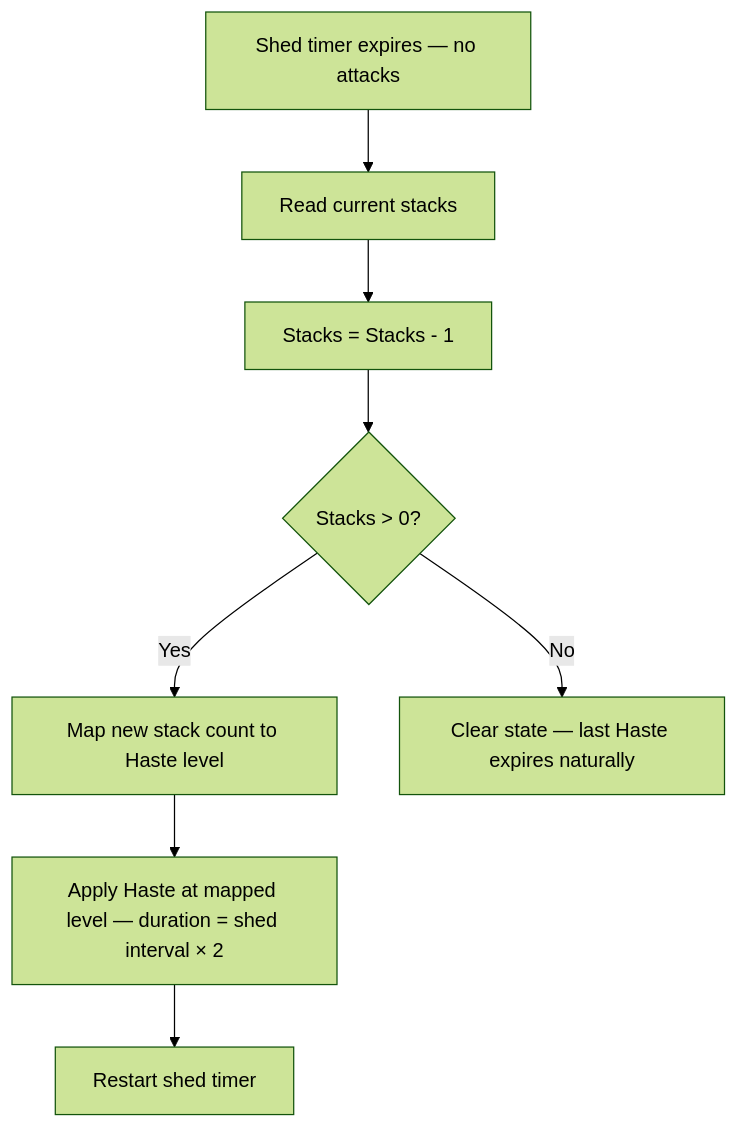
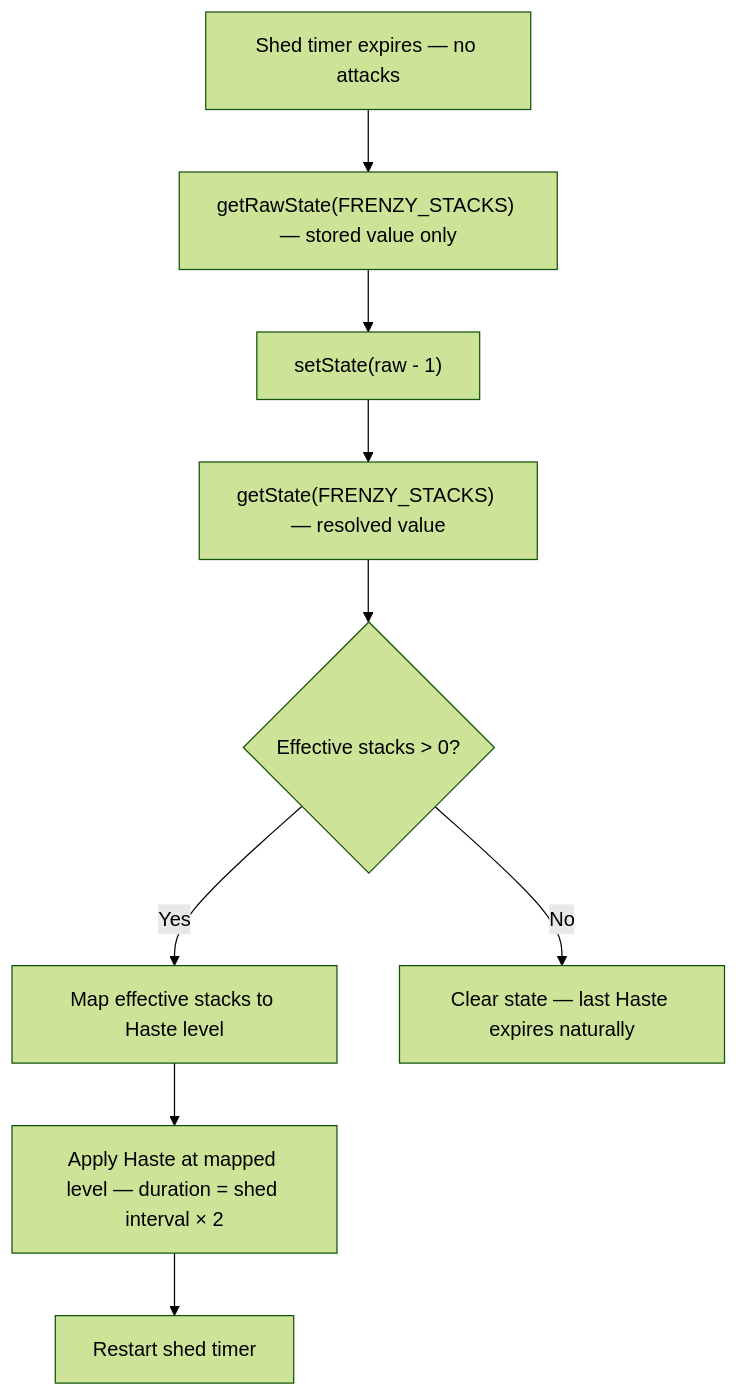
The fifth of 5 diagrams in docs/hld/combat/combat-tracker-and-ramping-frenzy.md (DiamondDagger590/McRPG), drawn with Mermaid (forest theme) before and after one commit. The commit also changed other lines of this file, not shown here.

````diff
--- a/docs/hld/combat/combat-tracker-and-ramping-frenzy.md
+++ b/docs/hld/combat/combat-tracker-and-ramping-frenzy.md
@@ -416,19 +490,21 @@
 ```mermaid
 flowchart TD
     ShedTimer[Shed timer expires — no attacks]
-    ReadStacks[Read current stacks]
-    Decrement[Stacks = Stacks - 1]
-    HasStacks{Stacks > 0?}
-    MapLevel[Map new stack count to Haste level]
+    ReadRaw["getRawState(FRENZY_STACKS) — stored value only"]
+    Decrement["setState(raw - 1)"]
+    ReadEffective["getState(FRENZY_STACKS) — resolved value"]
+    HasStacks{Effective stacks > 0?}
+    MapLevel[Map effective stacks to Haste level]
     ApplyHaste[Apply Haste at mapped level — duration = shed interval × 2]
     ResetShed[Restart shed timer]
     Clear[Clear state — last Haste expires naturally]
 
-    ShedTimer --> ReadStacks
-    ReadStacks --> Decrement
-    Decrement --> HasStacks
+    ShedTimer --> ReadRaw
+    ReadRaw --> Decrement
+    Decrement --> ReadEffective
+    ReadEffective --> HasStacks
     HasStacks -->|"Yes"| MapLevel
     MapLevel --> ApplyHaste
     ApplyHaste --> ResetShed
     HasStacks -->|"No"| Clear
 ```
````
